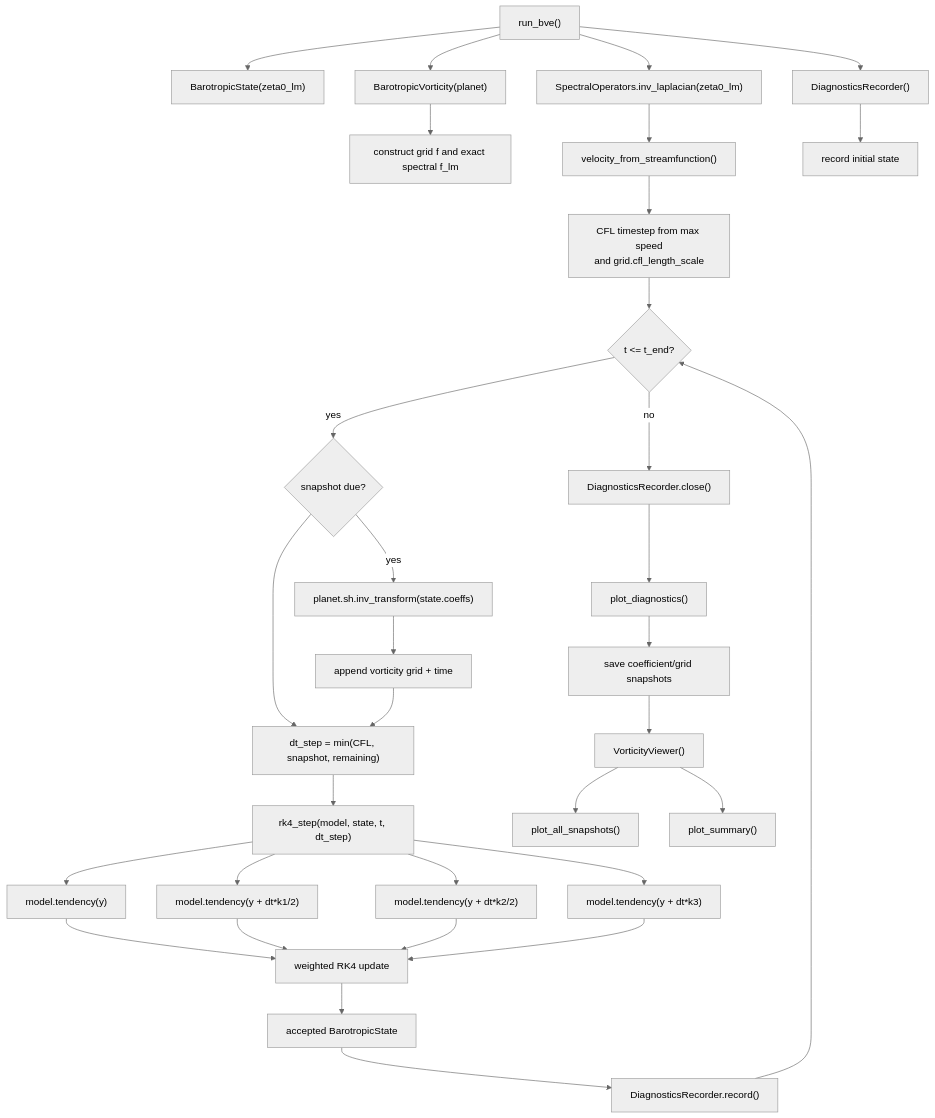
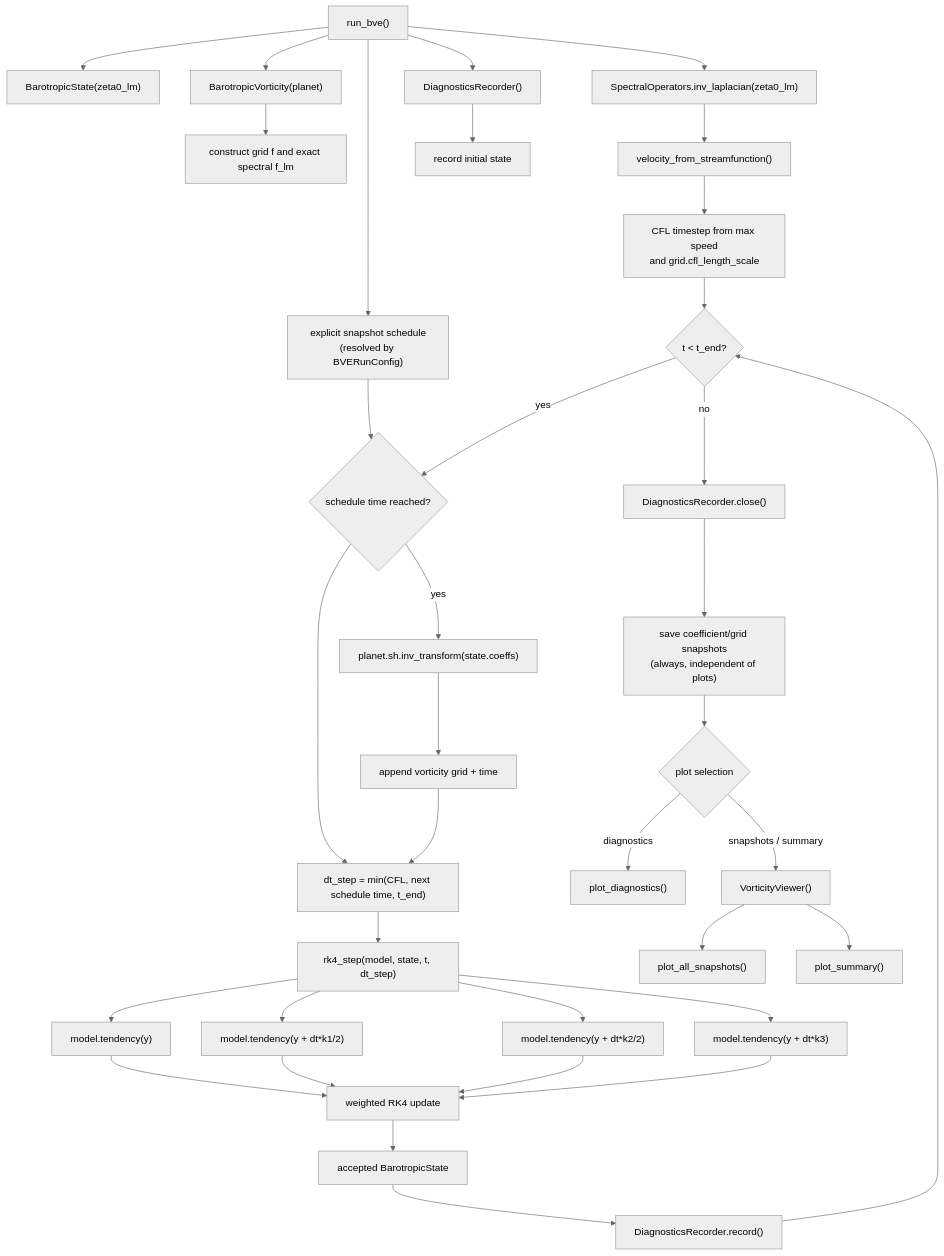
The third of 5 diagrams in docs/call-structure.md (AlexandreEros/Aeolus), drawn with Mermaid (neutral theme) before and after one commit. The commit also changed other lines of this file and 2 other files, not shown here.

First line of the commit message:
docs: make aeolus the canonical CLI in README and architecture docs

````diff
--- a/docs/call-structure.md
+++ b/docs/call-structure.md
@@ -104,40 +122,44 @@
 ```mermaid
 flowchart TD
     run["run_bve()"] --> state["BarotropicState(zeta0_lm)"]
     run --> model["BarotropicVorticity(planet)"]
     model --> coriolis["construct grid f and exact spectral f_lm"]
 
     run --> psi0["SpectralOperators.inv_laplacian(zeta0_lm)"]
     psi0 --> velocity0["velocity_from_streamfunction()"]
     velocity0 --> cfl["CFL timestep from max speed<br/>and grid.cfl_length_scale"]
 
     run --> recorder["DiagnosticsRecorder()"]
     recorder --> record0["record initial state"]
 
-    cfl --> loop{"t &lt;= t_end?"}
-    loop -- "yes" --> snapshot{"snapshot due?"}
+    run --> schedule["explicit snapshot schedule<br/>(resolved by BVERunConfig)"]
+
+    cfl --> loop{"t &lt; t_end?"}
+    schedule --> snapshot
+    loop -- "yes" --> snapshot{"schedule time reached?"}
     snapshot -- "yes" --> synth["planet.sh.inv_transform(state.coeffs)"]
     synth --> memory["append vorticity grid + time"]
-    snapshot --> dt["dt_step = min(CFL, snapshot, remaining)"]
+    snapshot --> dt["dt_step = min(CFL, next schedule time, t_end)"]
     memory --> dt
     dt --> rk4["rk4_step(model, state, t, dt_step)"]
 
     rk4 --> k1["model.tendency(y)"]
     rk4 --> k2["model.tendency(y + dt*k1/2)"]
     rk4 --> k3["model.tendency(y + dt*k2/2)"]
     rk4 --> k4["model.tendency(y + dt*k3)"]
     k1 --> combine["weighted RK4 update"]
     k2 --> combine
     k3 --> combine
     k4 --> combine
     combine --> accepted["accepted BarotropicState"]
     accepted --> record["DiagnosticsRecorder.record()"]
     record --> loop
 
     loop -- "no" --> close["DiagnosticsRecorder.close()"]
-    close --> diagPlot["plot_diagnostics()"]
-    diagPlot --> save["save coefficient/grid snapshots"]
-    save --> viewer["VorticityViewer()"]
+    close --> save["save coefficient/grid snapshots<br/>(always, independent of plots)"]
+    save --> plotsel{"plot selection"}
+    plotsel -- "diagnostics" --> diagPlot["plot_diagnostics()"]
+    plotsel -- "snapshots / summary" --> viewer["VorticityViewer()"]
     viewer --> snapshots["plot_all_snapshots()"]
     viewer --> summary["plot_summary()"]
 ```
````
